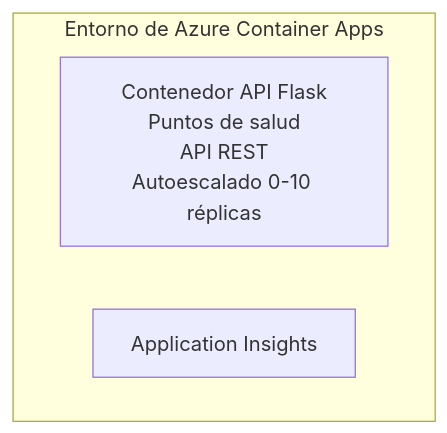
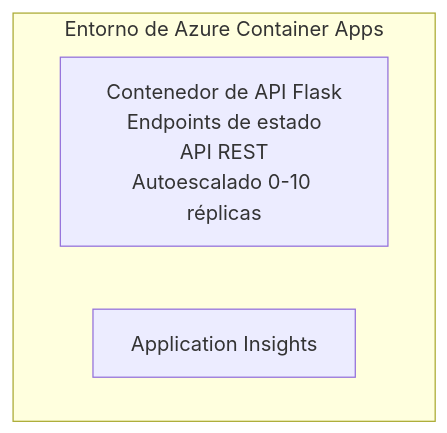
One commit to microsoft/AZD-for-beginners changed the diagram in translations/es/examples/container-app/simple-flask-api/README.md. Above: the diagram before and after it, drawn with Mermaid. The commit also changed other lines of this file and 104 other files, not shown here.

````diff
--- a/translations/es/examples/container-app/simple-flask-api/README.md
+++ b/translations/es/examples/container-app/simple-flask-api/README.md
@@ -26,7 +26,7 @@
 ```mermaid
 graph TD
     subgraph ACA[Entorno de Azure Container Apps]
-        Flask[Contenedor API Flask<br/>Puntos de salud<br/>API REST<br/>Autoescalado 0-10 réplicas]
+        Flask[Contenedor de API Flask<br/>Endpoints de estado<br/>API REST<br/>Autoescalado 0-10 réplicas]
         AppInsights[Application Insights]
     end
 ```
````
